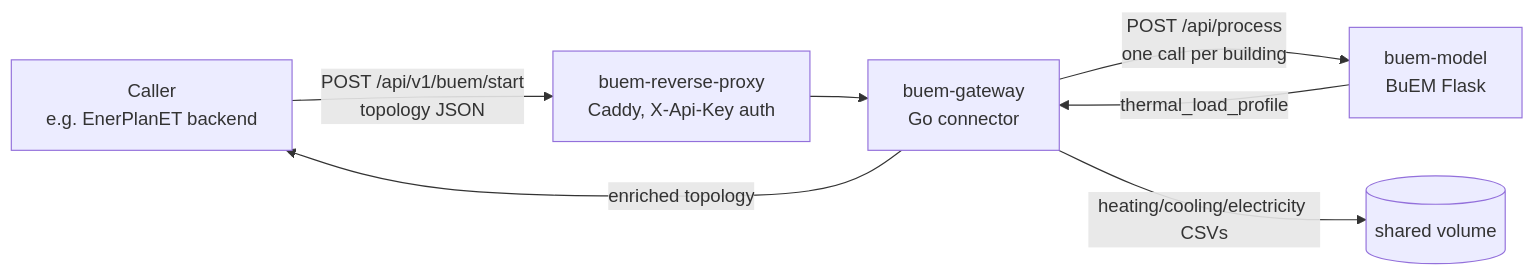
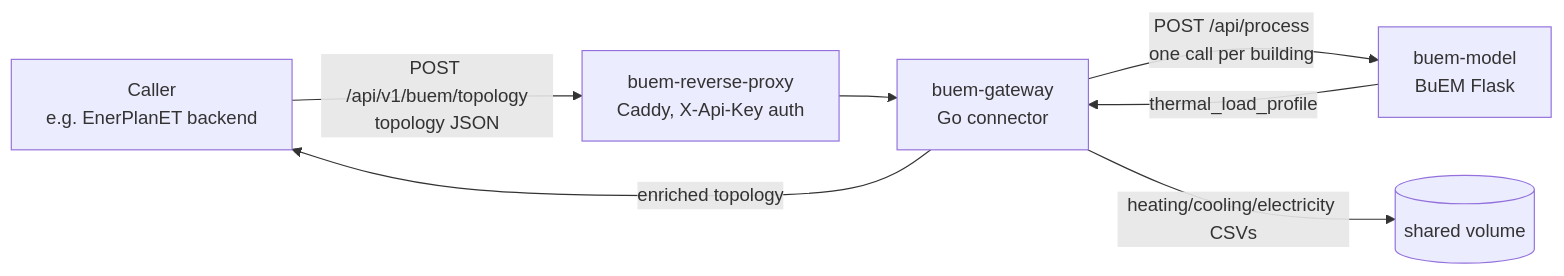
One commit to enerplanet/buem-gateway changed the diagram in docs/index.md. Above: the diagram before and after it, drawn with Mermaid. The commit also changed 7 other files, not shown here.

First line of the commit message:
feat!: rename /api/v1/buem/start to /api/v1/buem/topology

````diff
--- a/docs/index.md
+++ b/docs/index.md
@@ -14,9 +14,9 @@
 ```mermaid
 graph LR
-    CALLER[Caller<br>e.g. EnerPlanET backend] -->|POST /api/v1/buem/start<br>topology JSON| PROXY[buem-reverse-proxy<br>Caddy, X-Api-Key auth]
+    CALLER[Caller<br>e.g. EnerPlanET backend] -->|POST /api/v1/buem/topology<br>topology JSON| PROXY[buem-reverse-proxy<br>Caddy, X-Api-Key auth]
     PROXY --> APP[buem-gateway<br>Go connector]
     APP -->|POST /api/process<br>one call per building| MODEL[buem-model<br>BuEM Flask]
     MODEL -->|thermal_load_profile| APP
     APP -->|enriched topology| CALLER
     APP -->|heating/cooling/electricity CSVs| VOL[(shared volume)]
 ```
````
